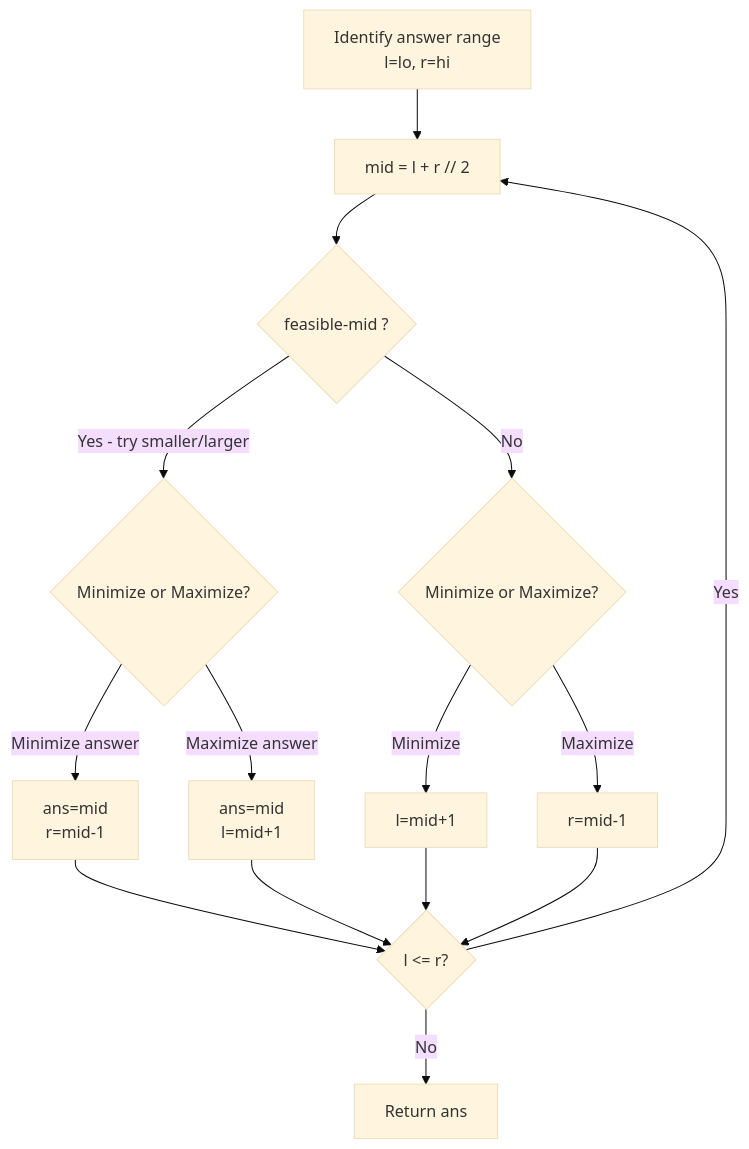
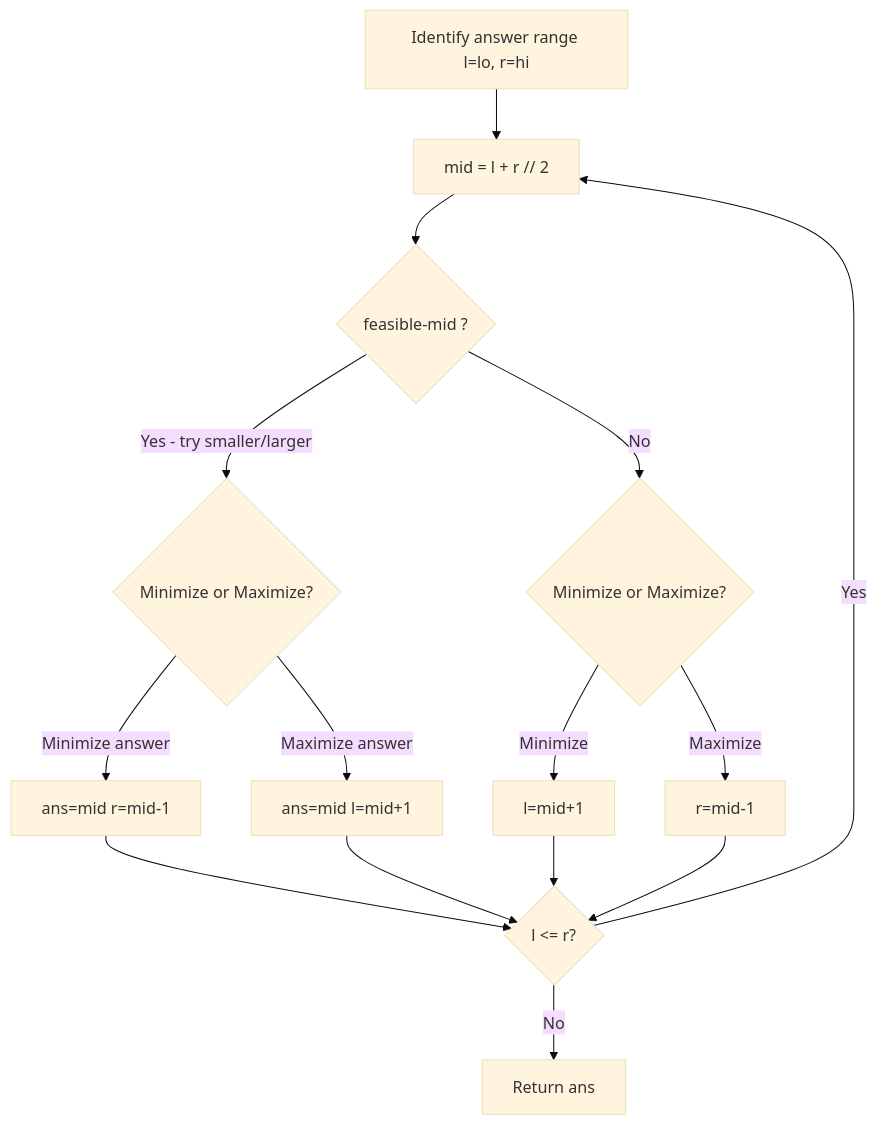
One commit to deepanshu-rawat6/AlgoAtlas changed the fifth of 6 diagrams in binary_search/README.md. Above: the diagram before and after it, drawn with Mermaid (base theme). The commit also changed other lines of this file and 13 other files, not shown here.

````diff
--- a/binary_search/README.md
+++ b/binary_search/README.md
@@ -93,17 +93,17 @@
 ```mermaid
 flowchart TD
-    A[Identify answer range<br>l=lo, r=hi] --> B[mid = l + r // 2]
+    A[Identify answer range l=lo, r=hi] --> B[mid = l + r // 2]
     B --> C{"feasible-mid ?"}
     C -->|Yes - try smaller/larger| D{"Minimize or Maximize?"}
-    D -->|Minimize answer| E[ans=mid<br>r=mid-1]
-    D -->|Maximize answer| F[ans=mid<br>l=mid+1]
+    D -->|Minimize answer| E[ans=mid r=mid-1]
+    D -->|Maximize answer| F[ans=mid l=mid+1]
     C -->|No| G{"Minimize or Maximize?"}
     G -->|Minimize| H[l=mid+1]
     G -->|Maximize| I[r=mid-1]
     E --> J{"l <= r?"}
     F --> J
     H --> J
     I --> J
     J -->|Yes| B
     J -->|No| K[Return ans]
 ```
````
